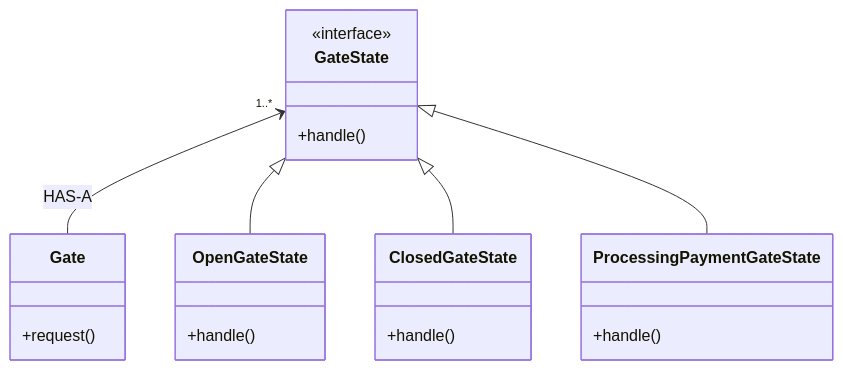
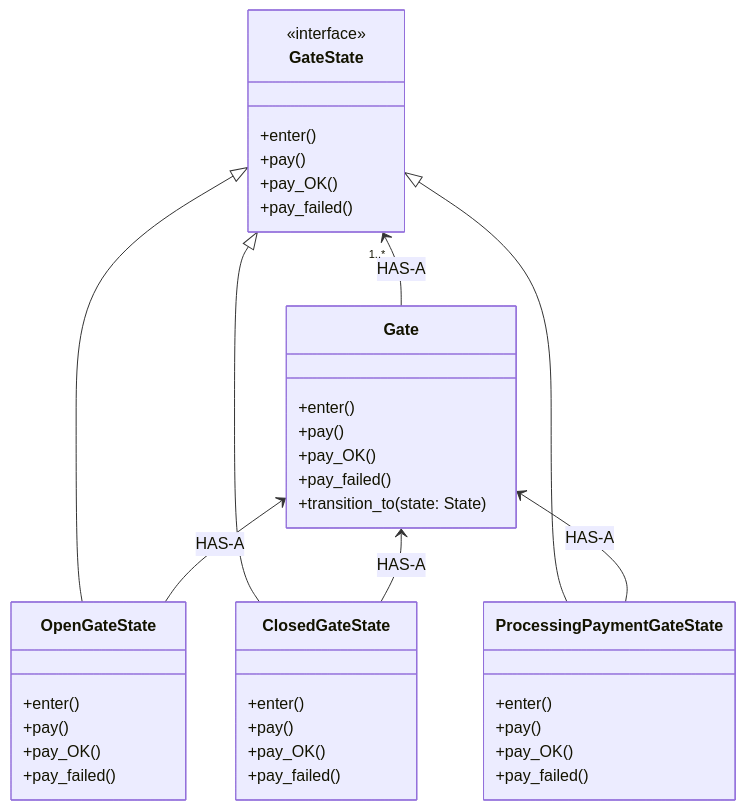
Before and after one commit to arnewohletz/AllMyNotes: the third of 3 diagrams in source/howto/design_patterns/state_pattern.rst, drawn with Mermaid. The commit also changed other lines of this file and 1 other file, not shown here.

Commit message:
finished state pattern

```diff
--- a/source/howto/design_patterns/state_pattern.rst
+++ b/source/howto/design_patterns/state_pattern.rst
@@ -90,25 +92,44 @@
 .. mermaid::
     :align: center
     :caption: Applied to upper example
 
     classDiagram
         GateState "1..*" <-- Gate : HAS-A
         GateState <|-- OpenGateState
         GateState <|-- ClosedGateState
         GateState <|-- ProcessingPaymentGateState
+        Gate <-- OpenGateState : HAS-A
+        Gate <-- ClosedGateState : HAS-A
+        Gate <-- ProcessingPaymentGateState : HAS-A
         class Gate {
-            +request()
+            +enter()
+            +pay()
+            +pay_OK()
+            +pay_failed()
+            +transition_to(state: State)
         }
         class GateState {
             <<interface>>
-            +handle()
+            +enter()
+            +pay()
+            +pay_OK()
+            +pay_failed()
         }
         class OpenGateState {
-            +handle()
+            +enter()
+            +pay()
+            +pay_OK()
+            +pay_failed()
         }
         class ClosedGateState {
-            +handle()
+            +enter()
+            +pay()
+            +pay_OK()
+            +pay_failed()
         }
         class ProcessingPaymentGateState {
-            +handle()
+            +enter()
+            +pay()
+            +pay_OK()
+            +pay_failed()
         }
```
